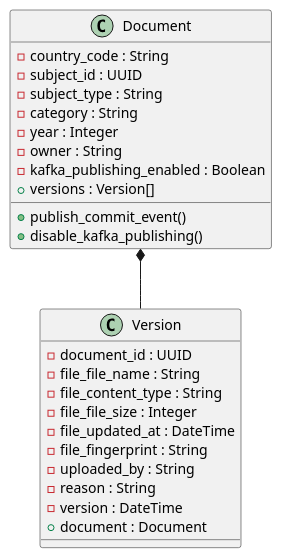
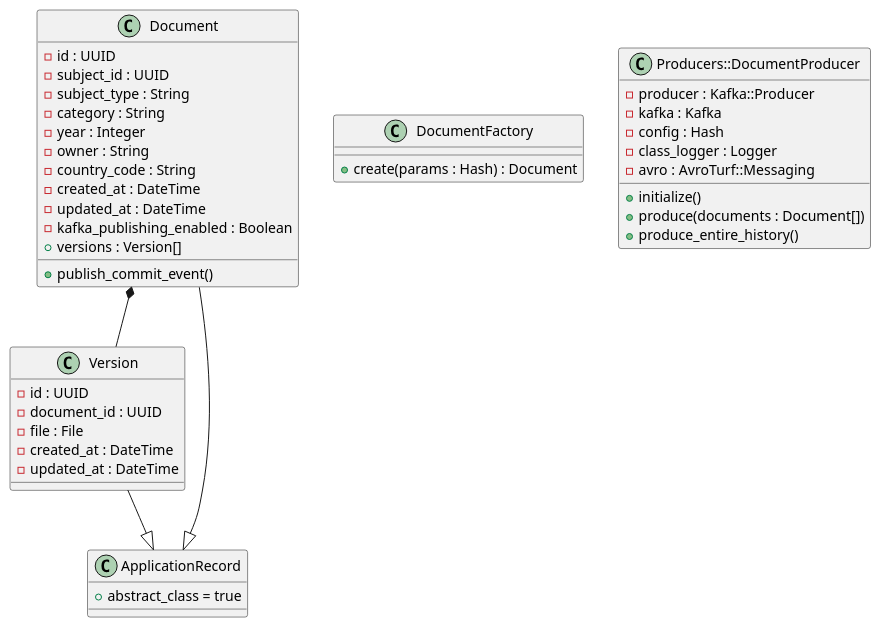
One commit to thms/document-storage changed the diagram in docs/data-model.md. Above: the diagram before and after it, drawn with PlantUML. The commit also changed other lines of this file and 7 other files, not shown here.

````diff
--- a/docs/data-model.md
+++ b/docs/data-model.md
@@ -1,31 +1,51 @@
 ```plantuml
 @startuml
 class Document {
-    - country_code : String
-    - subject_id : UUID
-    - subject_type : String
-    - category : String
-    - year : Integer
-    - owner : String
-    - kafka_publishing_enabled : Boolean
-    + publish_commit_event()
-    + disable_kafka_publishing()
-    + versions : Version[]
+  - id : UUID
+  - subject_id : UUID
+  - subject_type : String
+  - category : String
+  - year : Integer
+  - owner : String
+  - country_code : String
+  - created_at : DateTime
+  - updated_at : DateTime
+  - kafka_publishing_enabled : Boolean
+  + versions : Version[]
+  + publish_commit_event()
 }
 
 class Version {
-    - document_id : UUID
-    - file_file_name : String
-    - file_content_type : String
-    - file_file_size : Integer
-    - file_updated_at : DateTime
-    - file_fingerprint : String
-    - uploaded_by : String
-    - reason : String
-    - version : DateTime
-    + document : Document
+  - id : UUID
+  - document_id : UUID
+  - file : File
+  - created_at : DateTime
+  - updated_at : DateTime
 }
 
 Document *-- Version
+
+class DocumentFactory {
+  + create(params : Hash) : Document
+}
+
+class Producers::DocumentProducer {
+  - producer : Kafka::Producer
+  - kafka : Kafka
+  - config : Hash
+  - class_logger : Logger
+  - avro : AvroTurf::Messaging
+  + initialize()
+  + produce(documents : Document[])
+  + produce_entire_history()
+}
+
+class ApplicationRecord {
+  + abstract_class = true
+}
+
+Document --|> ApplicationRecord
+Version --|> ApplicationRecord
+
 @enduml
 ```
````
